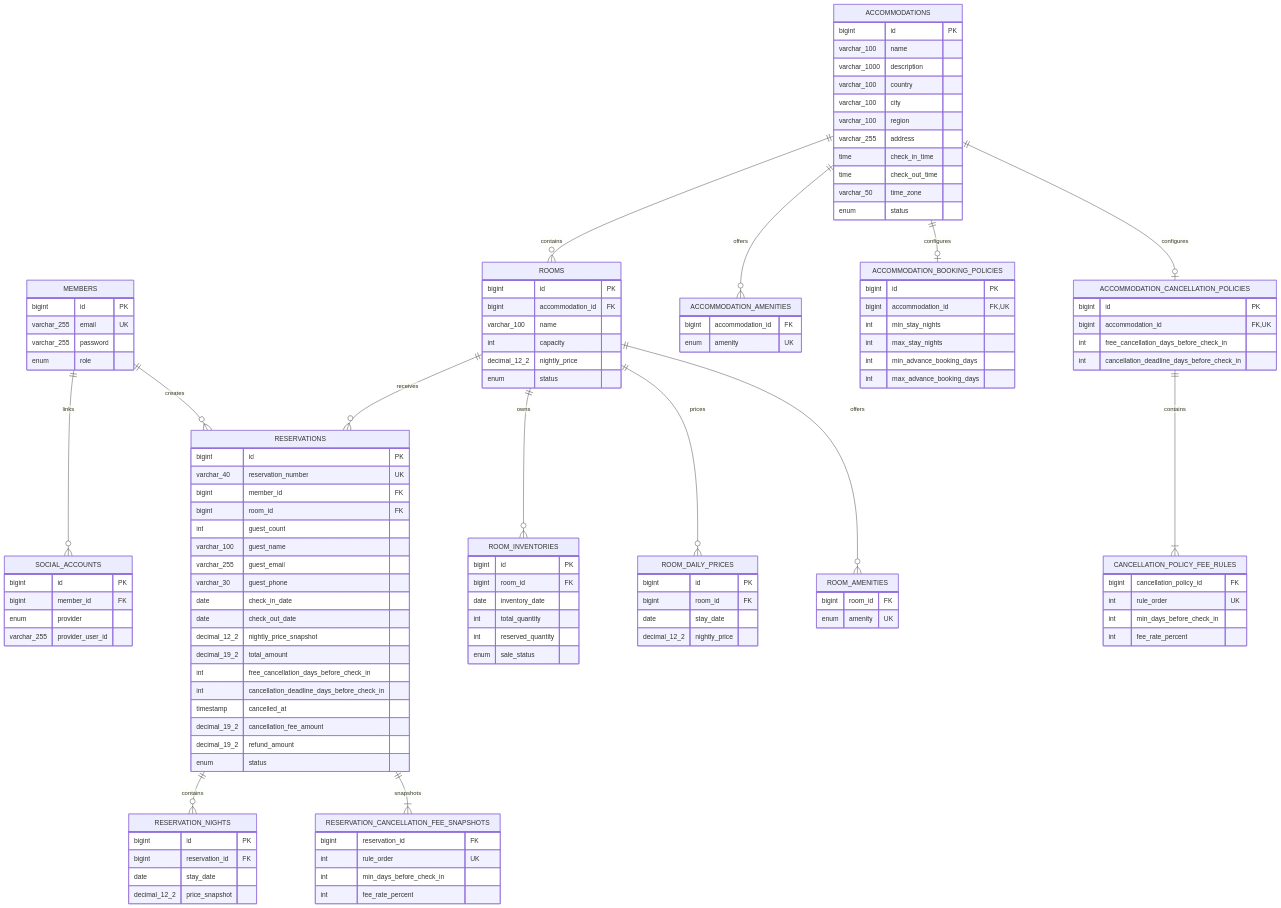
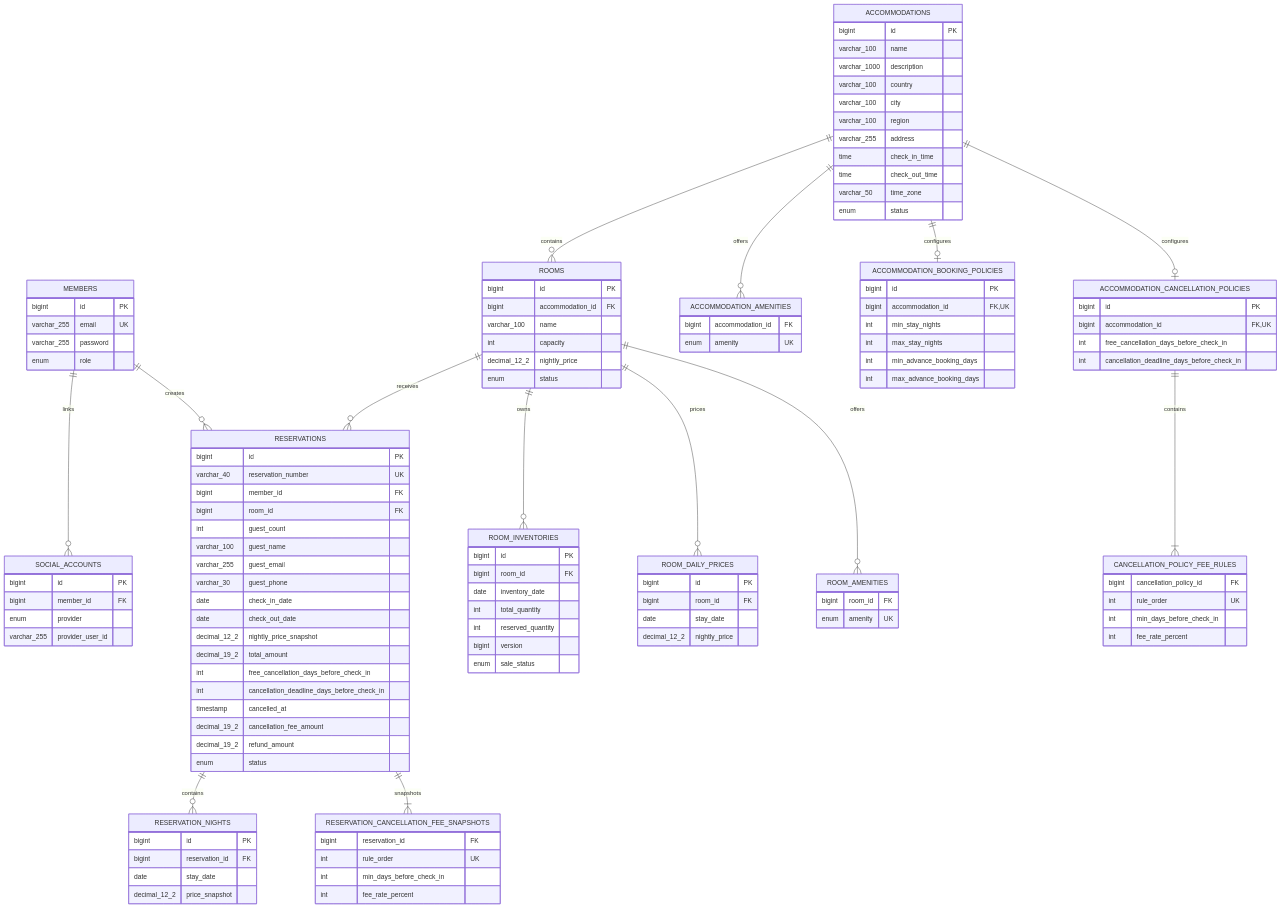
The diagram in docs/erd/database-schema.md (K4RF/reservation-platform), drawn with Mermaid before and after one commit. The commit also changed other lines of this file and 3 other files, not shown here.

```diff
--- a/docs/erd/database-schema.md
+++ b/docs/erd/database-schema.md
@@ -98,6 +98,7 @@
         date inventory_date
         int total_quantity
         int reserved_quantity
+        bigint version
         enum sale_status
     }
 
```
